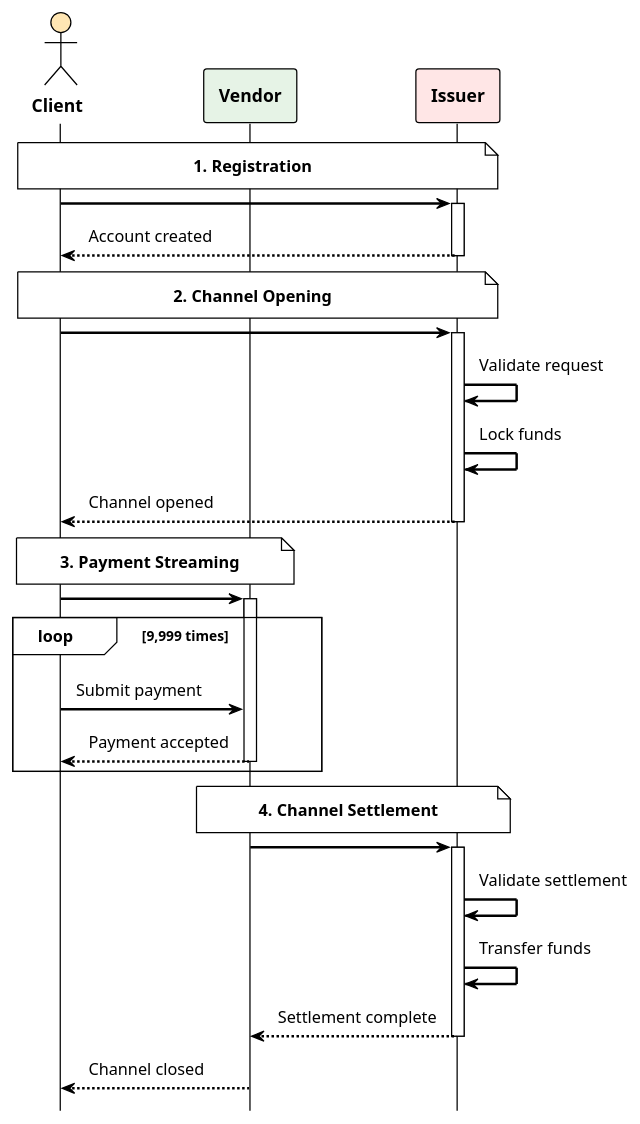
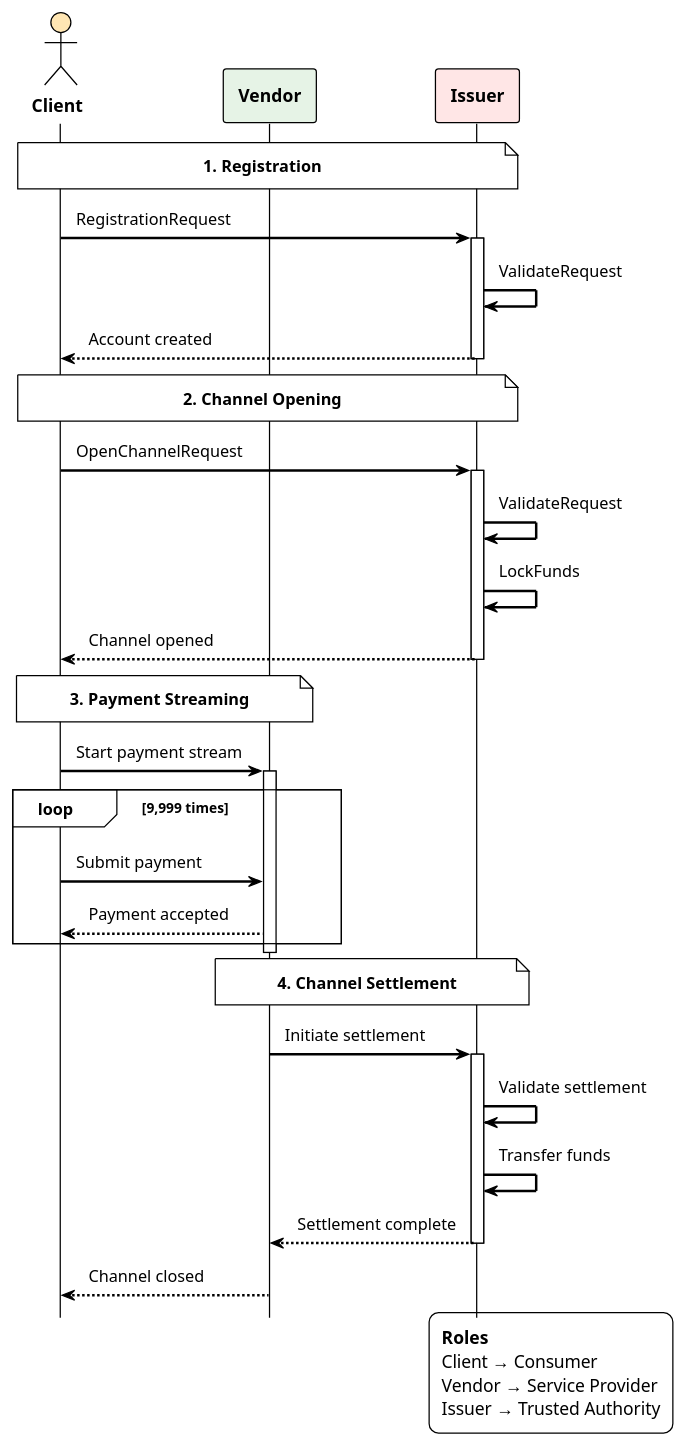
One commit to otaviootavio/nanomoni changed the diagram in umls/system-overview.puml. Above: the diagram before and after it, drawn with PlantUML. The commit also changed 2 other files, not shown here.

Commit message:
Enhance UML diagrams for improved clarity and accuracy

```diff
--- a/umls/system-overview.puml
+++ b/umls/system-overview.puml
@@ -1,57 +1,65 @@
 @startuml System_Overview
 
 !theme plain
 skinparam backgroundColor white
 skinparam componentStyle rectangle
 skinparam padding 5
 skinparam BoxPadding 5
 skinparam RectanglePadding 5
 skinparam NotePadding 2
 skinparam RectangleBorderThickness 2
 skinparam Shadowing false
 skinparam ArrowThickness 2
 
 hide footbox
 
 actor "**Client**" as Client #FFE6B3
 participant "**Vendor**" as Vendor #E6F3E6
 participant "**Issuer**" as Issuer #FFE6E6
 
+legend right
+  **Roles**
+  Client → Consumer
+  Vendor → Service Provider
+  Issuer → Trusted Authority
+endlegend
 
 note over Client, Issuer: **1. Registration**
-Client -> Issuer
+Client -> Issuer: RegistrationRequest
 activate Issuer
+Issuer -> Issuer: ValidateRequest
 Issuer --> Client: Account created
 deactivate Issuer
 
 note over Client, Issuer: **2. Channel Opening**
-Client -> Issuer
+Client -> Issuer: OpenChannelRequest
 activate Issuer
-Issuer -> Issuer: Validate request
-Issuer -> Issuer: Lock funds
+Issuer -> Issuer: ValidateRequest
+Issuer -> Issuer: LockFunds
 Issuer --> Client: Channel opened
 deactivate Issuer
 
 
 note over Client, Vendor: **3. Payment Streaming**
-Client -> Vendor
+Client -> Vendor: Start payment stream
+activate Vendor
 
 loop 9,999 times
-activate Vendor
   Client -> Vendor: Submit payment
   Vendor --> Client: Payment accepted
+end
+
 deactivate Vendor
-end
 
 
 note over Vendor, Issuer: **4. Channel Settlement**
-Vendor -> Issuer
+Vendor -> Issuer: Initiate settlement
 activate Issuer
 Issuer -> Issuer: Validate settlement
 Issuer -> Issuer: Transfer funds
 Issuer --> Vendor: Settlement complete
 deactivate Issuer
 
 Vendor --> Client: Channel closed
 
 @enduml
```
